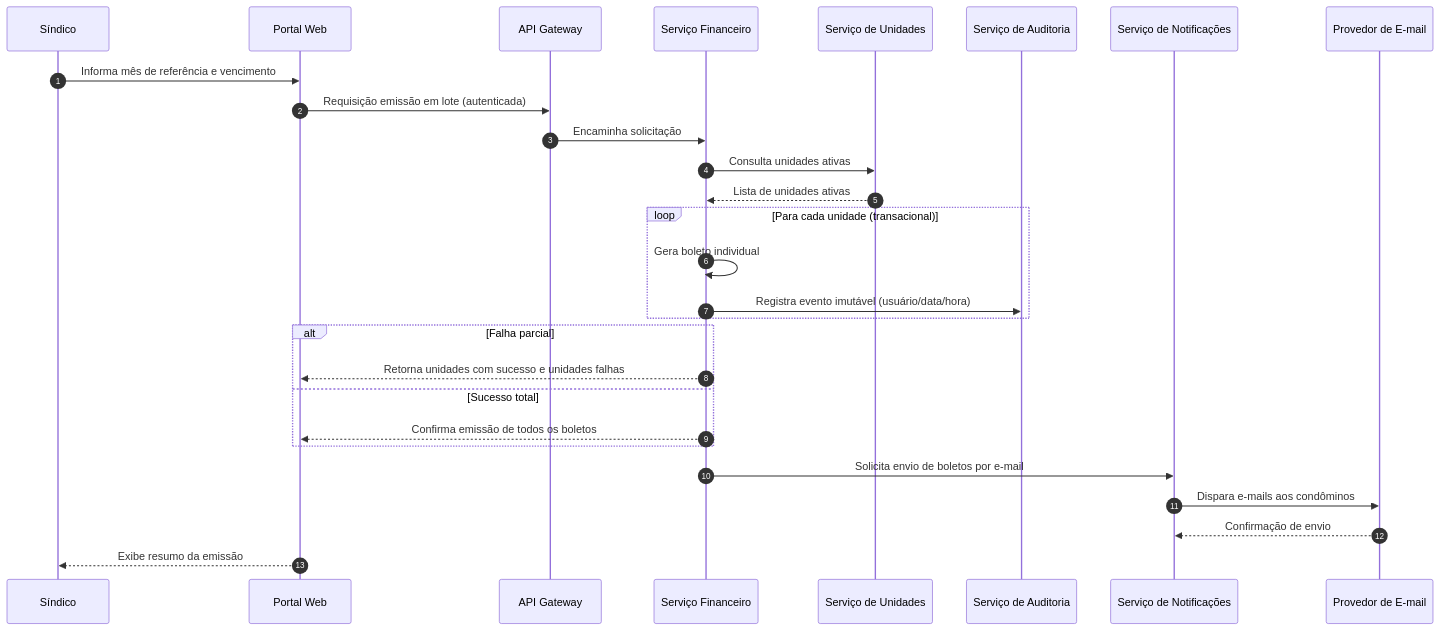
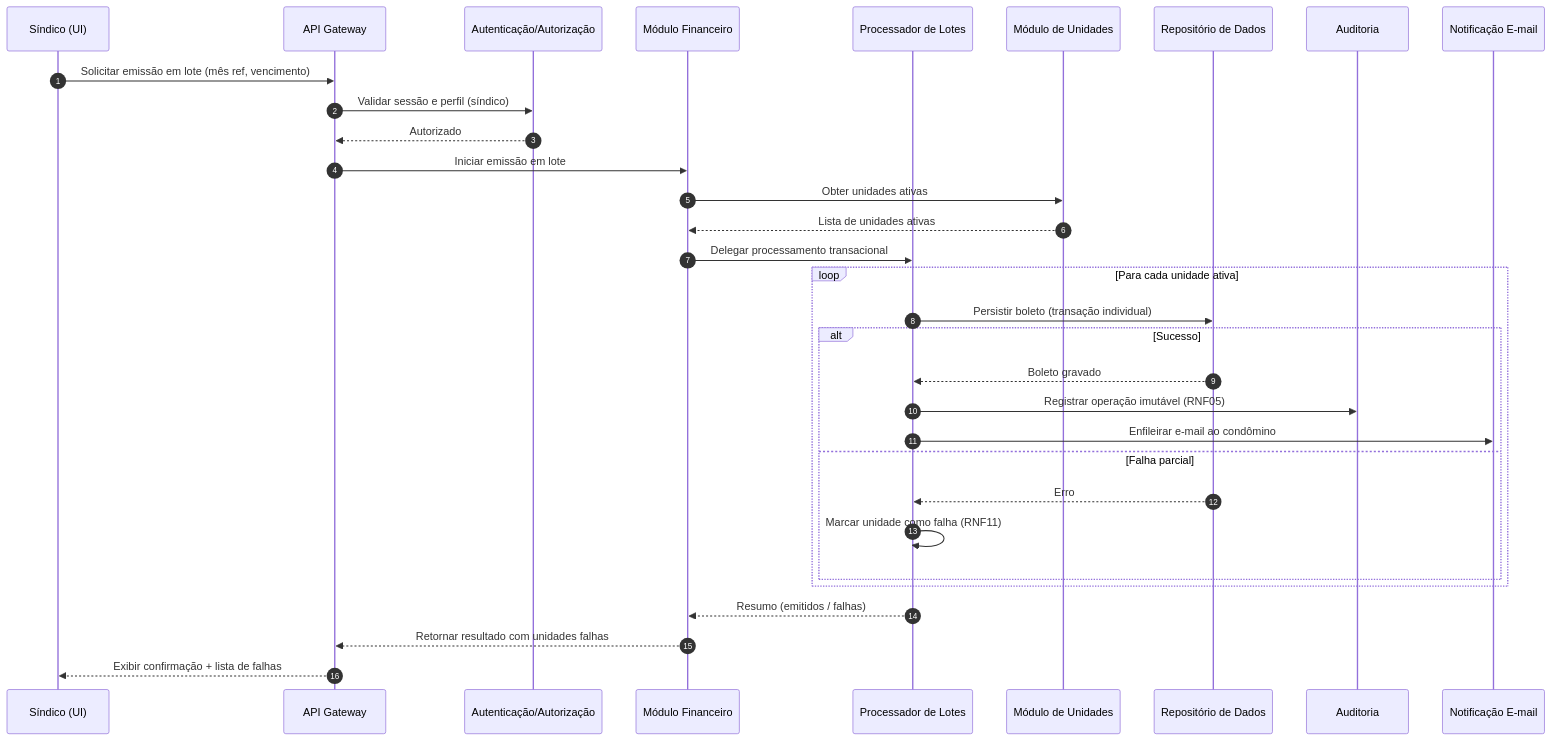
Before and after one commit to PDC-ESIA/AI4ES: the second of 4 diagrams in docs/Time_2_Design/analise-qualitativa/outputs/relatorio_claude_opus_4_8_M04.md, drawn with Mermaid. The commit also changed other lines of this file and 107 other files, not shown here.

````diff
--- a/docs/Time_2_Design/analise-qualitativa/outputs/relatorio_claude_opus_4_8_M04.md
+++ b/docs/Time_2_Design/analise-qualitativa/outputs/relatorio_claude_opus_4_8_M04.md
@@ -99,31 +108,35 @@
 ```mermaid
 sequenceDiagram
     autonumber
-    participant S as Síndico
-    participant P as Portal Web
-    participant G as API Gateway
-    participant F as Serviço Financeiro
-    participant U as Serviço de Unidades
-    participant A as Serviço de Auditoria
-    participant N as Serviço de Notificações
-    participant M as Provedor de E-mail
+    participant S as Síndico (UI)
+    participant GW as API Gateway
+    participant AUTH as Autenticação/Autorização
+    participant FIN as Módulo Financeiro
+    participant SCHED as Processador de Lotes
+    participant UNI as Módulo de Unidades
+    participant DB as Repositório de Dados
+    participant AUD as Auditoria
+    participant NOT as Notificação E-mail
 
-    S->>P: Informa mês de referência e vencimento
-    P->>G: Requisição emissão em lote (autenticada)
-    G->>F: Encaminha solicitação
-    F->>U: Consulta unidades ativas
-    U-->>F: Lista de unidades ativas
-    loop Para cada unidade (transacional)
-        F->>F: Gera boleto individual
-        F->>A: Registra evento imutável (usuário/data/hora)
+    S->>GW: Solicitar emissão em lote (mês ref, vencimento)
+    GW->>AUTH: Validar sessão e perfil (síndico)
+    AUTH-->>GW: Autorizado
+    GW->>FIN: Iniciar emissão em lote
+    FIN->>UNI: Obter unidades ativas
+    UNI-->>FIN: Lista de unidades ativas
+    FIN->>SCHED: Delegar processamento transacional
+    loop Para cada unidade ativa
+        SCHED->>DB: Persistir boleto (transação individual)
+        alt Sucesso
+            DB-->>SCHED: Boleto gravado
+            SCHED->>AUD: Registrar operação imutável (RNF05)
+            SCHED->>NOT: Enfileirar e-mail ao condômino
+        else Falha parcial
+            DB-->>SCHED: Erro
+            SCHED->>SCHED: Marcar unidade como falha (RNF11)
+        end
     end
-    alt Falha parcial
-        F-->>P: Retorna unidades com sucesso e unidades falhas
-    else Sucesso total
-        F-->>P: Confirma emissão de todos os boletos
-    end
-    F->>N: Solicita envio de boletos por e-mail
-    N->>M: Dispara e-mails aos condôminos
-    M-->>N: Confirmação de envio
-    P-->>S: Exibe resumo da emissão
+    SCHED-->>FIN: Resumo (emitidos / falhas)
+    FIN-->>GW: Retornar resultado com unidades falhas
+    GW-->>S: Exibir confirmação + lista de falhas
 ```
````
